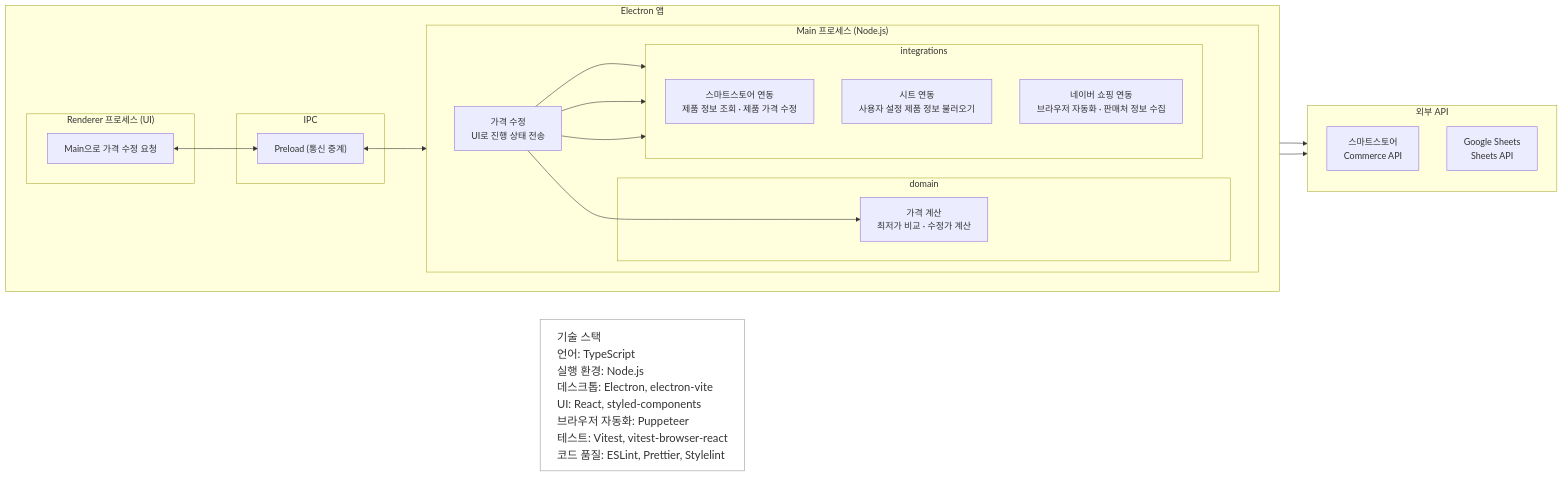
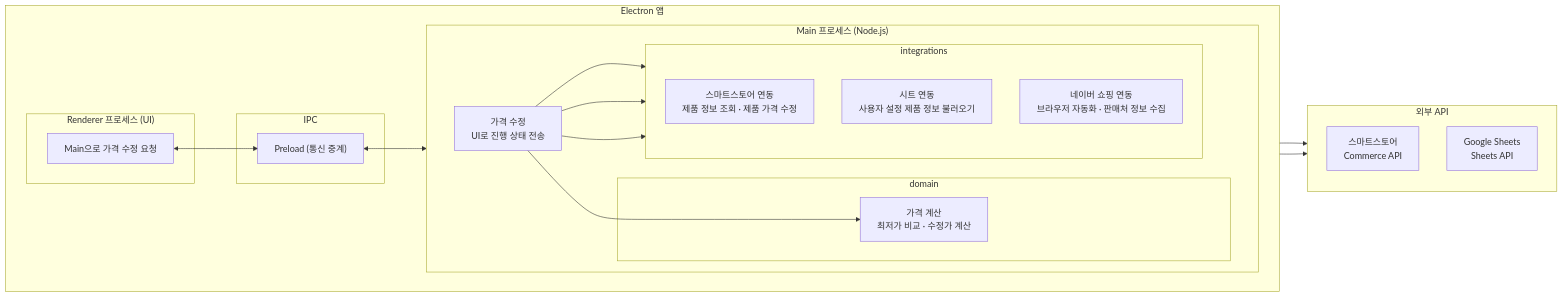
Before and after one commit to J8rl-Chik/smartstore-price-bot: the diagram in assets/architecture.mmd, drawn with Mermaid. The commit also changed 2 other files, not shown here.

Commit message:
docs: architecture 이미지에서 기술 스택을 README 표로 분리
- architecture.mmd에서 기술 스택 노드를 제거하고 이미지를 다시 생성
- README 기술 스택 표에 실행 환경(Node.js) 행 추가
- 크롤링 행 이름을 브라우저 자동화로 변경

```diff
--- a/assets/architecture.mmd
+++ b/assets/architecture.mmd
@@ -1,44 +1,41 @@
 %%{init: {"flowchart": {"htmlLabels": false, "wrappingWidth": 400}, "themeCSS": ".cluster-label text { font-size: 20px; font-weight: bold; }"}}%%
 flowchart LR
   subgraph Electron["Electron 앱"]
     direction LR
     subgraph Renderer["Renderer 프로세스 (UI)"]
       React["Main으로 가격 수정 요청"]
     end
 
     subgraph Main["Main 프로세스 (Node.js)"]
       direction LR
       Core["가격 수정<br/>UI로 진행 상태 전송"]
       subgraph Domain["domain"]
         DomainLogic["가격 계산<br/>최저가 비교 · 수정가 계산"]
       end
       subgraph Adapters["integrations"]
         direction TB
         StoreAd["스마트스토어 연동<br/>제품 정보 조회 · 제품 가격 수정"]
         SheetsAd["시트 연동<br/>사용자 설정 제품 정보 불러오기"]
         CatalogAd["네이버 쇼핑 연동<br/>브라우저 자동화 · 판매처 정보 수집"]
       end
       Core --> DomainLogic
       Core --> StoreAd
       Core --> SheetsAd
       Core --> CatalogAd
     end
 
     subgraph IPC["IPC"]
       Preload["Preload (통신 중계)"]
     end
 
     React <--> Preload <--> Core
   end
 
   subgraph External["외부 API"]
     direction TB
     Commerce["스마트스토어<br/>Commerce API"]
     Sheets["Google Sheets<br/>Sheets API"]
   end
 
   StoreAd --> Commerce
   SheetsAd --> Sheets
-
-  Stack["기술 스택<br/>언어: TypeScript<br/>실행 환경: Node.js<br/>데스크톱: Electron, electron-vite<br/>UI: React, styled-components<br/>브라우저 자동화: Puppeteer<br/>테스트: Vitest, vitest-browser-react<br/>코드 품질: ESLint, Prettier, Stylelint"]
-  style Stack text-align:left,fill:none,stroke:#999,font-size:20px
```
